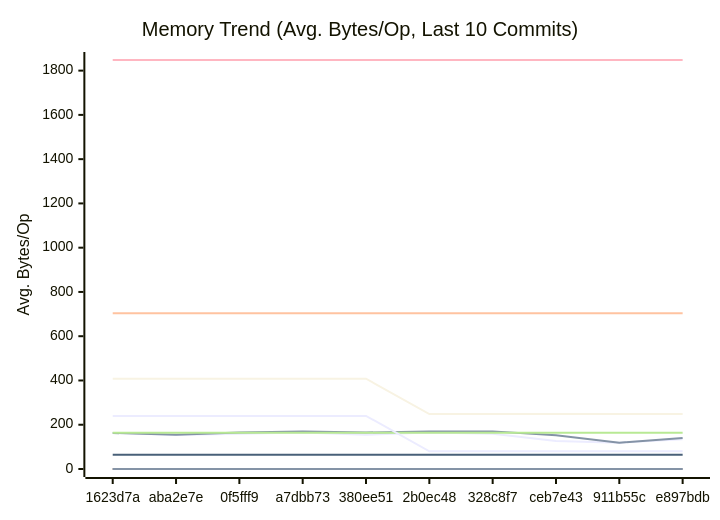
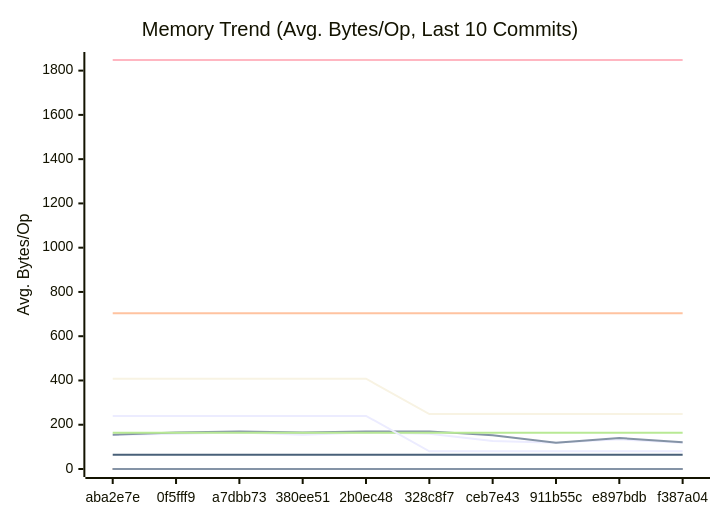
One commit to alsotoes/momo changed the second of 3 diagrams in docs/PERFORMANCE.md. Above: the diagram before and after it, drawn with Mermaid. The commit also changed other lines of this file and 3 other files, not shown here.

````diff
--- a/docs/PERFORMANCE.md
+++ b/docs/PERFORMANCE.md
@@ -171,20 +171,20 @@
 ```mermaid
 xychart-beta
     title "Memory Trend (Avg. Bytes/Op, Last 10 Commits)"
     x-axis "Commit"
     y-axis "Avg. Bytes/Op"
-    x-axis [1623d7a,aba2e7e,0f5fff9,a7dbb73,380ee51,2b0ec48,328c8f7,ceb7e43,911b55c,e897bdb]
-    line "AWSChunkedReaderSigned" [163,154,159,165,155,165,159,126,119,134]
-    line "AWSChunkedReaderUnsigned" [163,155,165,169,165,170,170,152,119,140]
+    x-axis [aba2e7e,0f5fff9,a7dbb73,380ee51,2b0ec48,328c8f7,ceb7e43,911b55c,e897bdb,f387a04]
+    line "AWSChunkedReaderSigned" [154,159,165,155,165,159,126,119,134,119]
+    line "AWSChunkedReaderUnsigned" [155,165,169,165,170,170,152,119,140,121]
     line "CheckMetricsAndSwap" [0,0,0,0,0,0,0,0,0,0]
     line "CrushOptimized" [0,0,0,0,0,0,0,0,0,0]
     line "CrushOriginal" [164,164,164,164,164,164,164,164,164,164]
     line "IndexDirectTracking" [0,0,0,0,0,0,0,0,0,0]
     line "IndexSearch" [0,0,0,0,0,0,0,0,0,0]
     line "LoadGlobalConfig" [1848,1848,1848,1848,1848,1848,1848,1848,1848,1848]
     line "PadString" [64,64,64,64,64,64,64,64,64,64]
     line "ParseReplicationOrder_NoPrealloc" [408,408,408,408,408,248,248,248,248,248]
     line "ParseReplicationOrder_Prealloc" [240,240,240,240,240,80,80,80,80,80]
     line "SanitizeLog/Safe" [0,0,0,0,0,0,0,0,0,0]
     line "SanitizeLog/Unsafe" [704,704,704,704,704,704,704,704,704,704]
 ```
````
